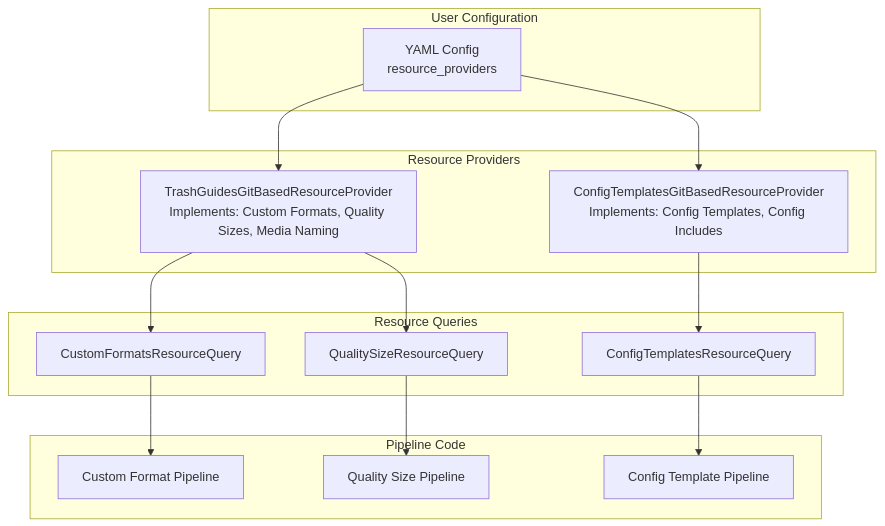
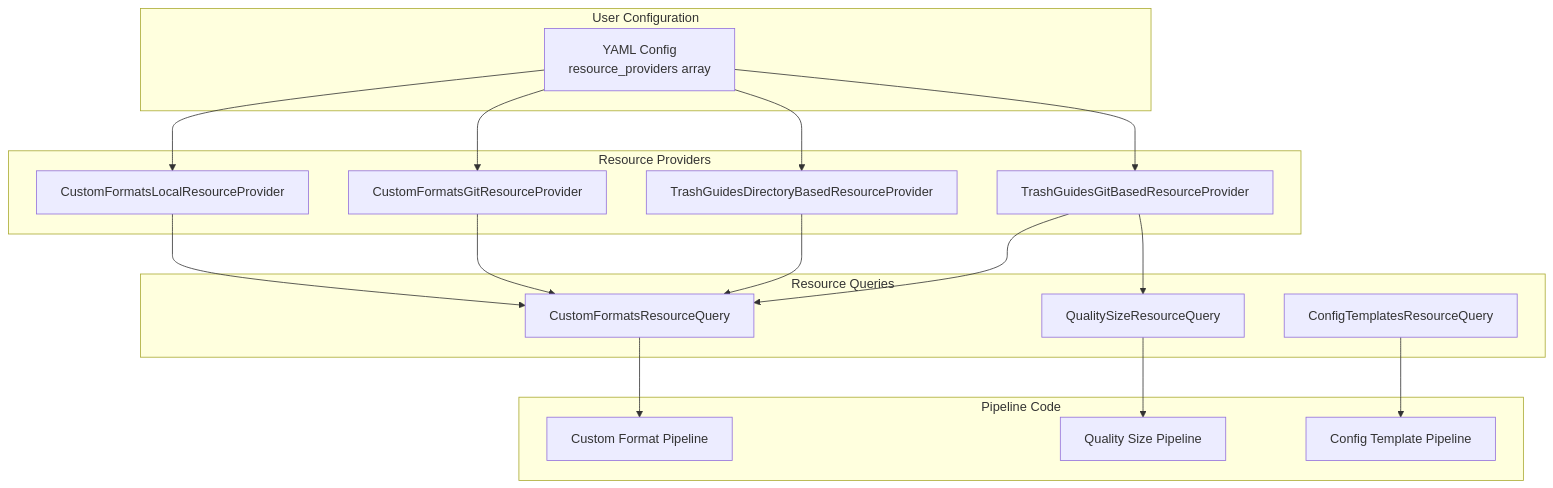
The diagram in docs/architecture/resource-provider-system.md (recyclarr/recyclarr), drawn with Mermaid before and after one commit. The commit also changed other lines of this file and 28 other files, not shown here.

````diff
--- a/docs/architecture/resource-provider-system.md
+++ b/docs/architecture/resource-provider-system.md
@@ -55,32 +68,38 @@
 ```mermaid
 graph TB
     subgraph "User Configuration"
-        YC[YAML Config<br/>resource_providers]
+        YC[YAML Config<br/>resource_providers array]
     end
 
     subgraph "Resource Providers"
-        TG[TrashGuidesGitBasedResourceProvider<br/>Implements: Custom Formats, Quality Sizes, Media Naming]
-        CT[ConfigTemplatesGitBasedResourceProvider<br/>Implements: Config Templates, Config Includes]
+        TGGIT[TrashGuidesGitBasedResourceProvider]
+        TGDIR[TrashGuidesDirectoryBasedResourceProvider]
+        CFGIT[CustomFormatsGitResourceProvider]
+        CFLOCAL[CustomFormatsLocalResourceProvider]
     end
 
     subgraph "Resource Queries"
         CFQ[CustomFormatsResourceQuery]
         QSQ[QualitySizeResourceQuery]
         CTQ[ConfigTemplatesResourceQuery]
     end
 
     subgraph "Pipeline Code"
         CF[Custom Format Pipeline]
         QS[Quality Size Pipeline]
         CN[Config Template Pipeline]
     end
 
-    YC --> TG
-    YC --> CT
-    TG --> CFQ
-    TG --> QSQ
-    CT --> CTQ
+    YC --> TGGIT
+    YC --> TGDIR
+    YC --> CFGIT
+    YC --> CFLOCAL
+    TGGIT --> CFQ
+    TGDIR --> CFQ
+    CFGIT --> CFQ
+    CFLOCAL --> CFQ
+    TGGIT --> QSQ
     CFQ --> CF
     QSQ --> QS
     CTQ --> CN
 ```
````
